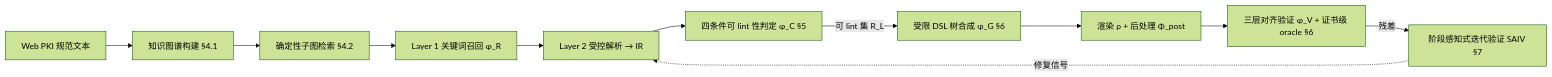
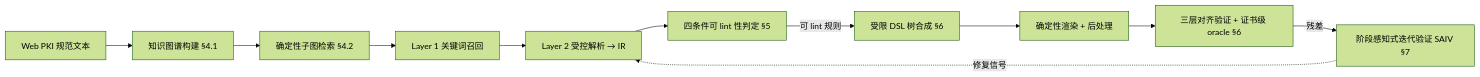
One commit to Bernhard1826/cicas changed the diagram in Paper_Unified_PKI_E2E.md. Above: the diagram before and after it, drawn with Mermaid (forest theme). The commit also changed other lines of this file, not shown here.

````diff
--- a/Paper_Unified_PKI_E2E.md
+++ b/Paper_Unified_PKI_E2E.md
@@ -95,13 +89,13 @@
 ```mermaid
 flowchart LR
   S[Web PKI 规范文本] --> KG[知识图谱构建 §4.1]
   KG --> R[确定性子图检索 §4.2]
-  R --> L1["Layer 1 关键词召回 φ_R"]
+  R --> L1["Layer 1 关键词召回"]
   L1 --> L2["Layer 2 受控解析 → IR"]
-  L2 --> C["四条件可 lint 性判定 φ_C §5"]
-  C -->|"可 lint 集 R_L"| G["受限 DSL 树合成 φ_G §6"]
-  G --> RHO["渲染 ρ + 后处理 Φ_post"]
-  RHO --> V["三层对齐验证 φ_V + 证书级 oracle §6"]
+  L2 --> C["四条件可 lint 性判定 §5"]
+  C -->|"可 lint 规则"| G["受限 DSL 树合成 §6"]
+  G --> RHO["确定性渲染 + 后处理"]
+  RHO --> V["三层对齐验证 + 证书级 oracle §6"]
   V -->|残差| SAIV["阶段感知式迭代验证 SAIV §7"]
   SAIV -. "修复信号" .-> L2
 ```
````
